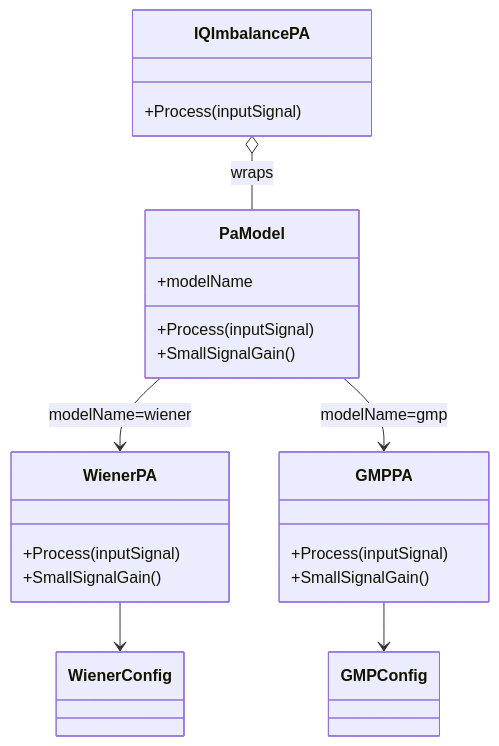
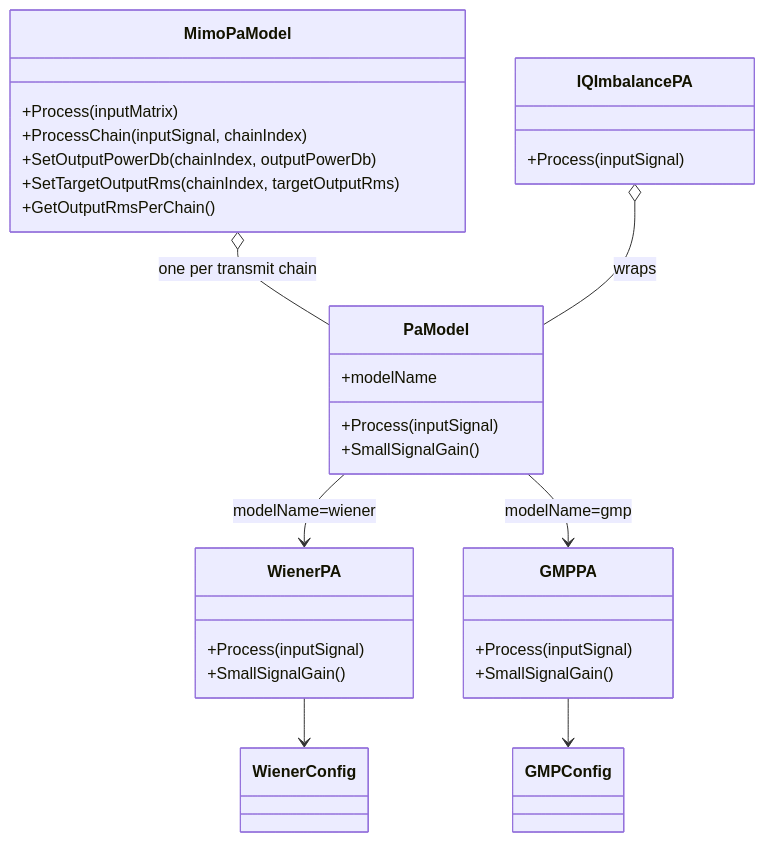
Before and after one commit to niyilu45/DPD_ILC: the sixth of 6 diagrams in doc/PaModel.md, drawn with Mermaid. The commit also changed other lines of this file and 18 other files, not shown here.

````diff
--- a/doc/PaModel.md
+++ b/doc/PaModel.md
@@ -534,26 +630,34 @@
 ```mermaid
 classDiagram
     class PaModel {
         +modelName
         +Process(inputSignal)
         +SmallSignalGain()
     }
     class WienerConfig
     class WienerPA {
         +Process(inputSignal)
         +SmallSignalGain()
     }
     class GMPConfig
     class GMPPA {
         +Process(inputSignal)
         +SmallSignalGain()
     }
     class IQImbalancePA {
         +Process(inputSignal)
     }
+    class MimoPaModel {
+        +Process(inputMatrix)
+        +ProcessChain(inputSignal, chainIndex)
+        +SetOutputPowerDb(chainIndex, outputPowerDb)
+        +SetTargetOutputRms(chainIndex, targetOutputRms)
+        +GetOutputRmsPerChain()
+    }
+    MimoPaModel o-- PaModel : one per transmit chain
     PaModel --> WienerPA : modelName=wiener
     PaModel --> GMPPA : modelName=gmp
     WienerPA --> WienerConfig
     GMPPA --> GMPConfig
     IQImbalancePA o-- PaModel : wraps
 ```
````
